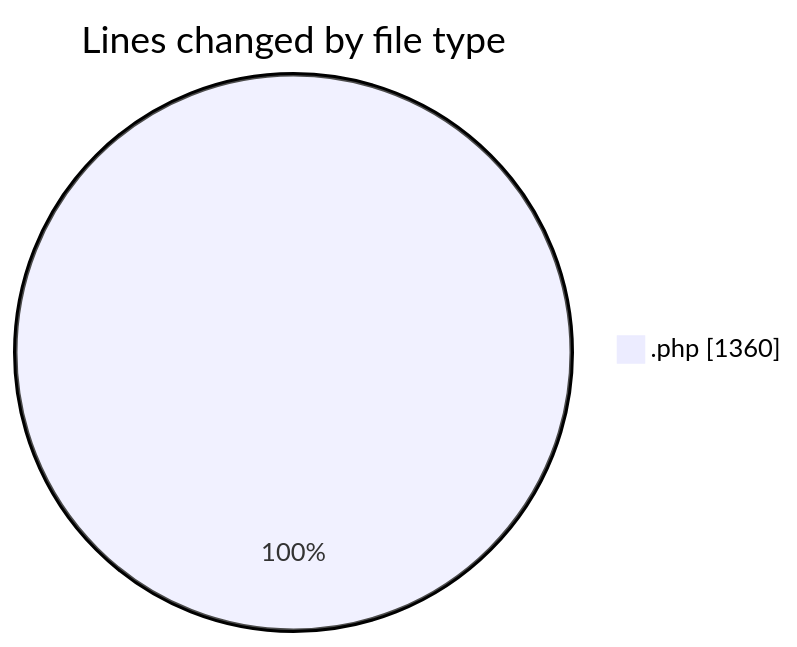
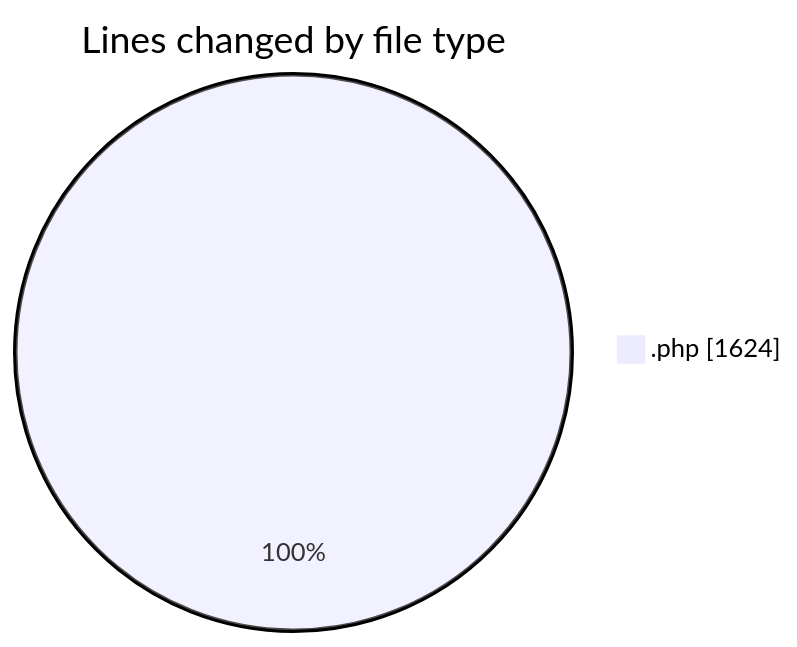
Before and after one commit to debugP/code-tracking: the first of 2 diagrams in 2025-10-02/untitled__workspace_/README.md, drawn with Mermaid. The commit also changed other lines of this file and 1 other file, not shown here.

````diff
--- a/2025-10-02/untitled__workspace_/README.md
+++ b/2025-10-02/untitled__workspace_/README.md
@@ -20,5 +20,5 @@
 ```mermaid
 pie showData
 title Lines changed by file type
-".php" : 1360
+".php" : 1624
 ```
````
